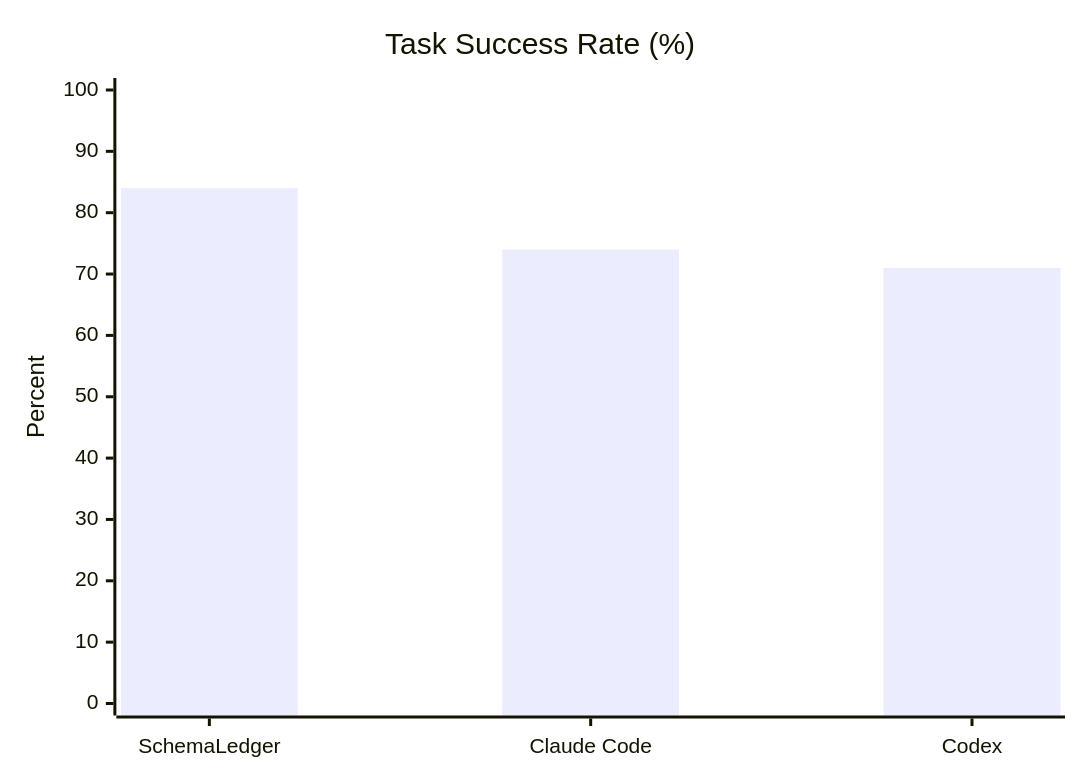
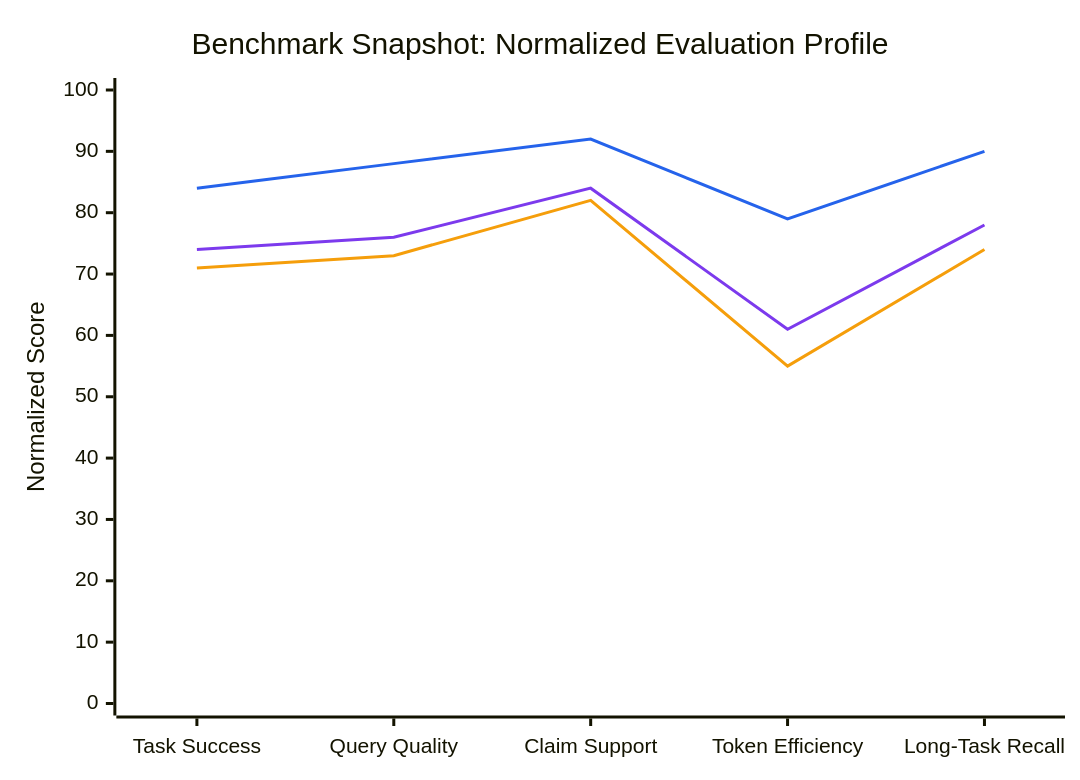
Before and after one commit to kawayuta/TraceRelay: the first of 2 diagrams in README.md, drawn with Mermaid. The commit also changed other lines of this file, not shown here.

````diff
--- a/README.md
+++ b/README.md
@@ -65,7 +71,17 @@
 ```mermaid
+---
+config:
+  xyChart:
+    showDataLabel: true
+  themeVariables:
+    xyChart:
+      plotColorPalette: "#2563EB, #7C3AED, #F59E0B"
+---
 xychart-beta
-    title "Task Success Rate (%)"
-    x-axis ["SchemaLedger", "Claude Code", "Codex"]
-    y-axis "Percent" 0 --> 100
-    bar [84, 74, 71]
+    title "Benchmark Snapshot: Normalized Evaluation Profile"
+    x-axis ["Task Success", "Query Quality", "Claim Support", "Token Efficiency", "Long-Task Recall"]
+    y-axis "Normalized Score" 0 --> 100
+    line [84, 88, 92, 79, 90]
+    line [74, 76, 84, 61, 78]
+    line [71, 73, 82, 55, 74]
 ```
````
